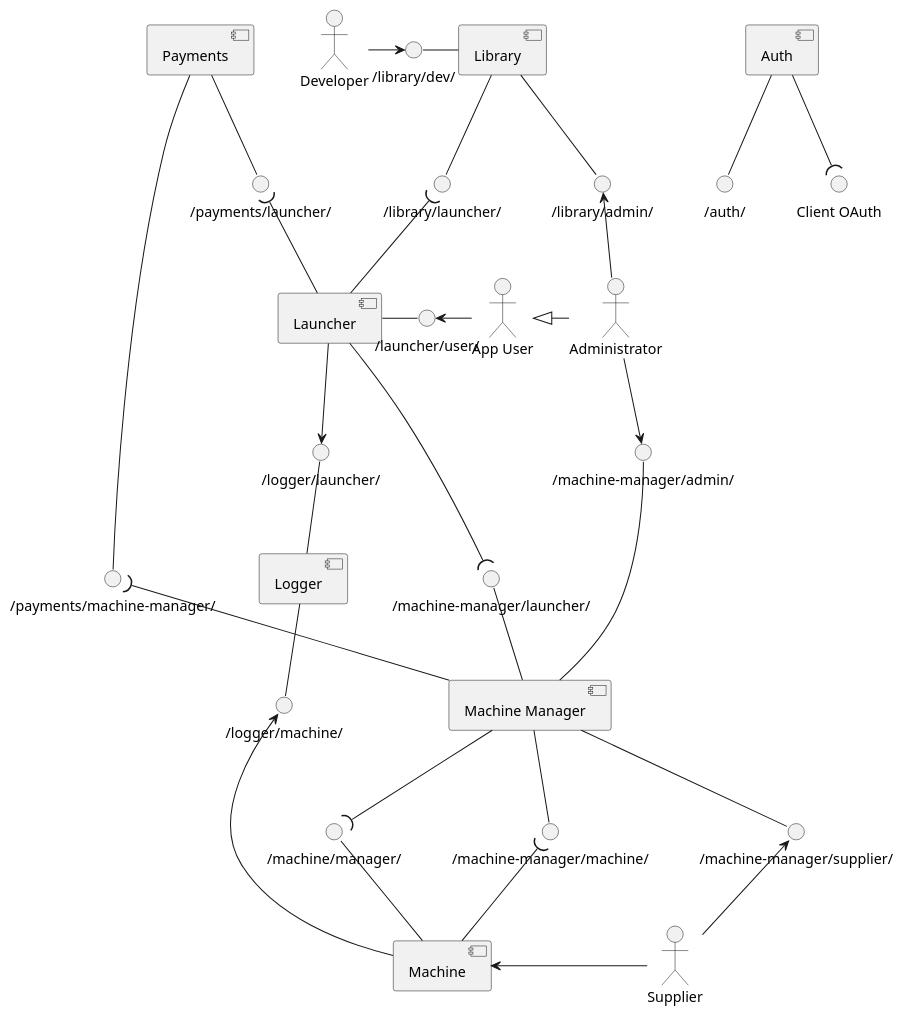
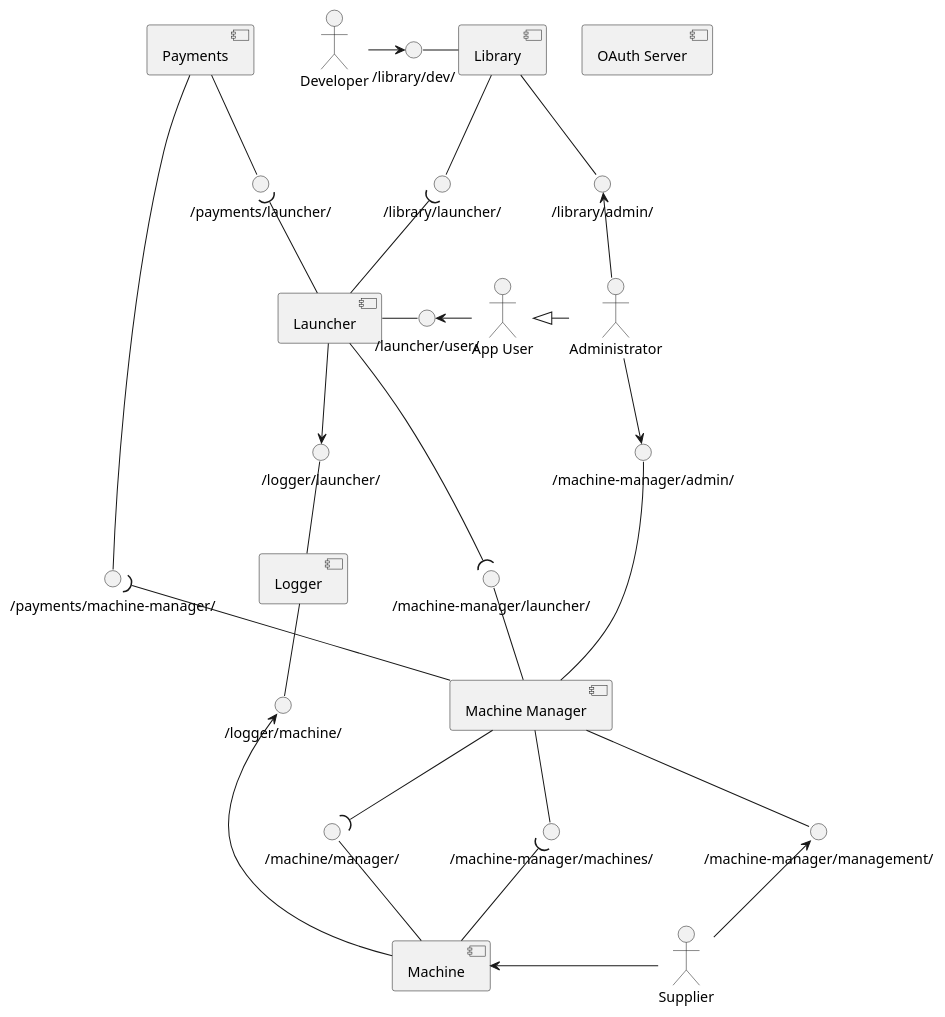
The diagram in components/components.puml (cetlinB/docs), drawn with PlantUML before and after one commit.

Commit message:
Update interfaces

```diff
--- a/components/components.puml
+++ b/components/components.puml
@@ -1,81 +1,76 @@
 @startuml
 
 skinparam componentStyle uml2
 
 skinparam actor {
     BackgroundColor<<Machine>> Brown
 }
 
 actor "App User" as AU
 actor Developer as AD
 actor Supplier as AS
 actor Administrator as AA
 
 AA -le-|> AU
 
 component Launcher as CLa
 component Library as CLi
 component Logger as CLo
 component "Machine Manager" as CM
 component Payments as CP
 component Machine as CMa
-component Auth as CA
+component "OAuth Server" as CA
 
-interface "/auth/" as ICA
-interface "Client OAuth" as ICAOther
 interface "/logger/launcher/" as ICLoCLa
 interface "/logger/machine/" as ICLoCMa
-interface "/machine-manager/machine/" as ICMCMa
+interface "/machine-manager/machines/" as ICMCMa
 interface "/library/admin/" as ICLiAA
 interface "/machine-manager/admin/" as ICMAA
 interface "/machine-manager/launcher/" as ICMCLa
 interface "/library/launcher/" as ICLiCLa
 interface "/payments/launcher/" as ICPCLa
 interface "/payments/machine-manager/" as ICPCM
 interface "/library/dev/" as ICLiAD
-interface "/machine-manager/supplier/" as ICMAS
+interface "/machine-manager/management/" as ICMAS
 interface "/launcher/user/" as ICLaAU
 interface "/machine/manager/" as ICMaCM
-
-CA -do- ICA
-CA -do-( ICAOther
 
 AD -ri-> ICLiAD
 ICLiAD -ri- CLi
 
 AS -up-> ICMAS
 ICMAS -up- CM
 
 AU -le-> ICLaAU
 ICLaAU -le- CLa
 
 CLi -do- ICLiCLa
 ICLiCLa )-do- CLa
 
 CLa -do-( ICMCLa
 ICMCLa -do- CM
 
 CM -do- ICMCMa
 ICMCMa )-do- CMa
 CM -do-( ICMaCM
 ICMaCM -do- CMa
 
 CMa <-ri- AS
 
 CLi -do- ICLiAA
 AA -up-> ICLiAA
 CM --up- ICMAA
 AA -do-> ICMAA
 
 CP -do- ICPCLa
 ICPCLa )-do- CLa
 
 CP -do- ICPCM
 CM -up-( ICPCM
 
 CLa -do-> ICLoCLa
 ICLoCLa -do- CLo
 CLo -do- ICLoCMa
 ICLoCMa <-do- CMa
 
 @enduml
```
